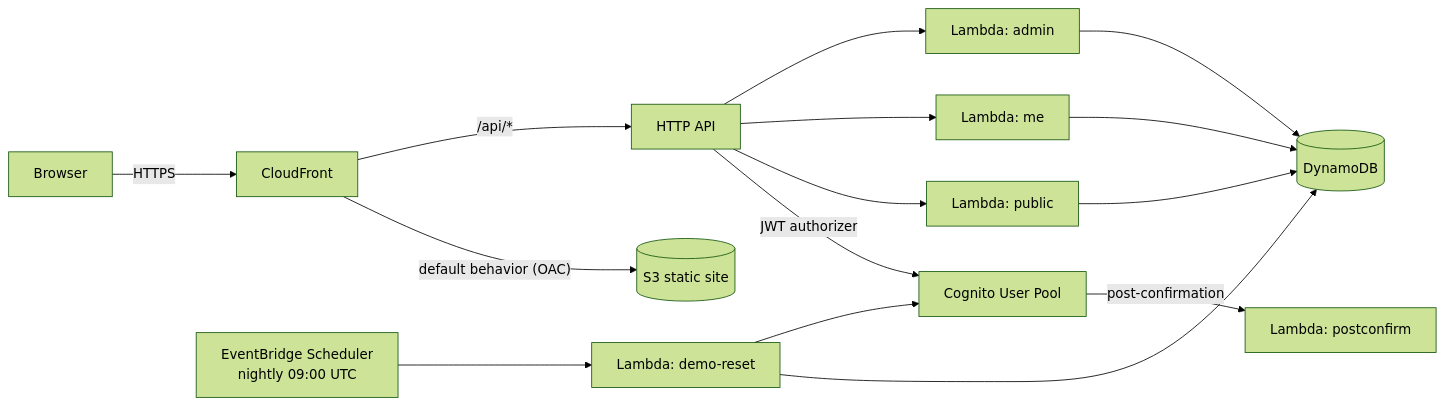
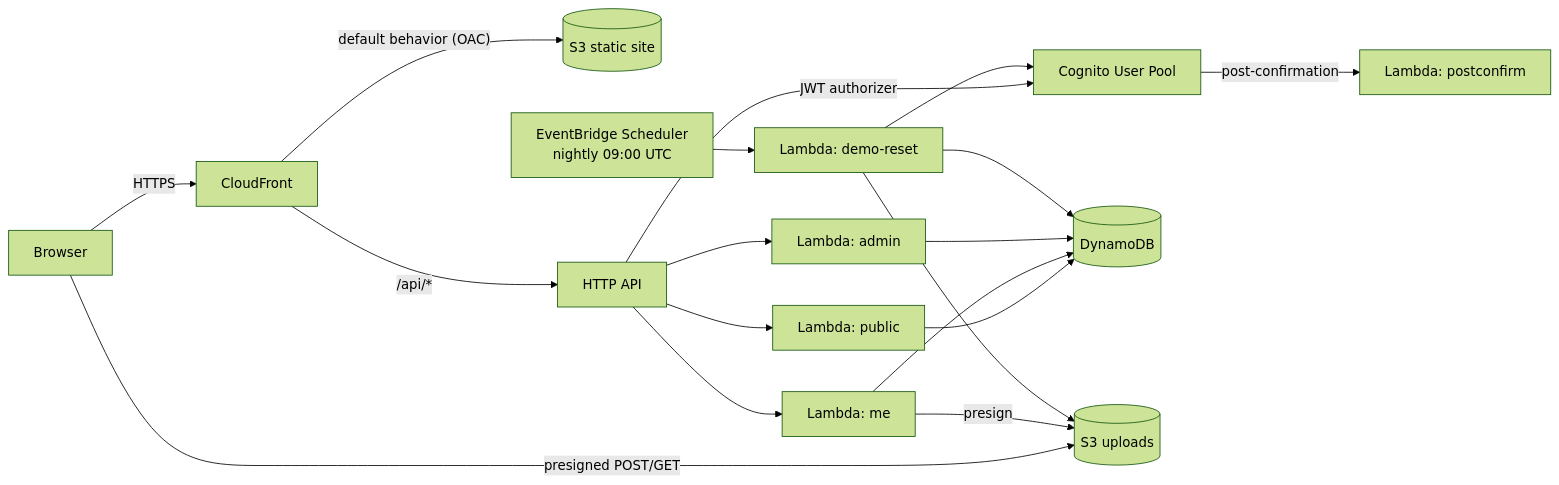
The diagram in modern-web-app/README.md (dreamingr0b0ts/aws-boardwalk), drawn with Mermaid (forest theme) before and after one commit. The commit also changed other lines of this file and 27 other files, not shown here.

````diff
--- a/modern-web-app/README.md
+++ b/modern-web-app/README.md
@@ -28,15 +30,18 @@
 ```mermaid
 flowchart LR
     U[Browser] -->|HTTPS| CF[CloudFront]
     CF -->|"default behavior (OAC)"| S3[(S3 static site)]
     CF -->|"/api/*"| APIGW[HTTP API]
     APIGW -->|JWT authorizer| COG[Cognito User Pool]
     APIGW --> LPub[Lambda: public]
     APIGW --> LMe[Lambda: me]
     APIGW --> LAdm[Lambda: admin]
     LPub & LMe & LAdm --> DDB[(DynamoDB)]
+    U -->|presigned POST/GET| UP[(S3 uploads)]
+    LMe -->|presign| UP
     SCHED[EventBridge Scheduler<br/>nightly 09:00 UTC] --> LDemo[Lambda: demo-reset]
     LDemo --> DDB
+    LDemo --> UP
     LDemo --> COG
     COG -->|post-confirmation| LPC[Lambda: postconfirm]
 ```
````
